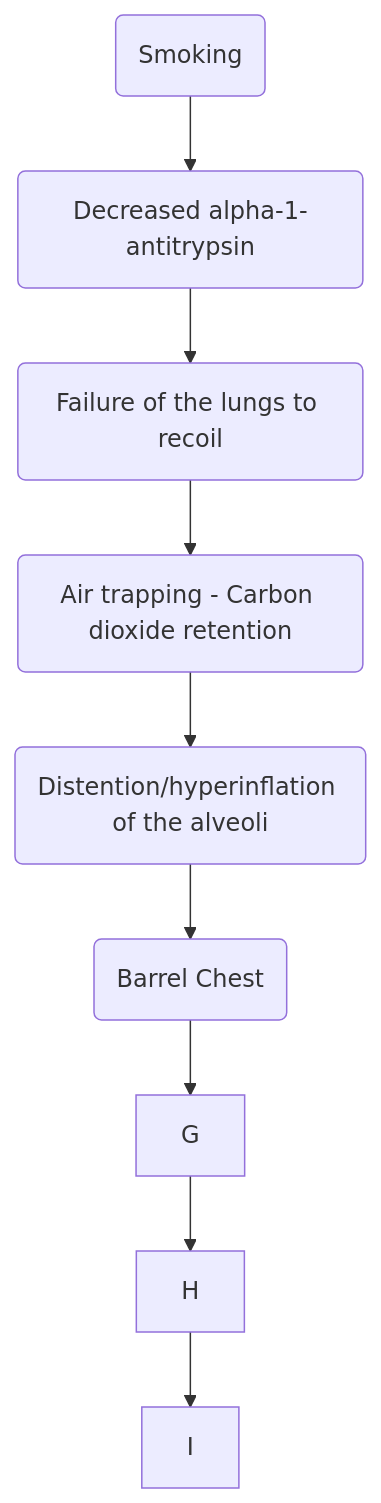
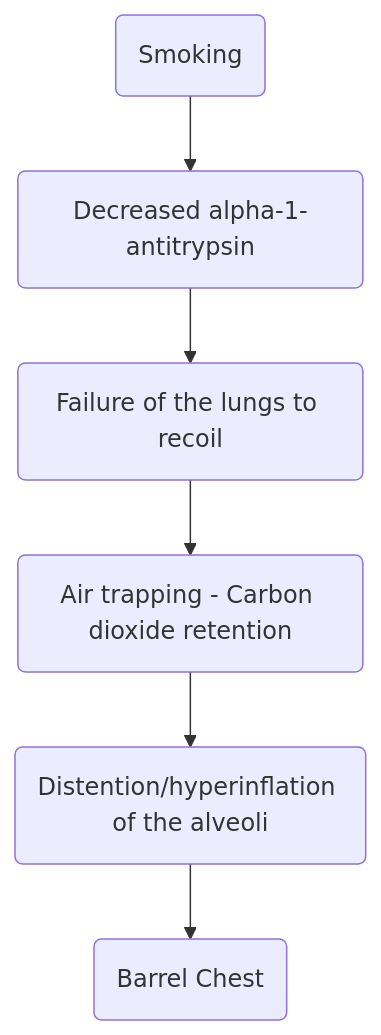
Before and after one commit to NoNotNotes/Yuubi: the second of 3 diagrams in NoNotNotes/XTRN/12-15-2024 PPRE.md, drawn with Mermaid.

Commit message:
mwm572w457245nwrtby

````diff
--- a/NoNotNotes/XTRN/12-15-2024 PPRE.md
+++ b/NoNotNotes/XTRN/12-15-2024 PPRE.md
@@ -187,10 +187,10 @@
 ```mermaid
 graph TD
 A(Smoking)
 B(Decreased alpha-1-antitrypsin)
 C(Failure of the lungs to recoil)
 D(Air trapping - Carbon dioxide retention)
 E(Distention/hyperinflation of the alveoli)
 F(Barrel Chest)
-A-->B-->C-->D-->E-->F-->G-->H-->I
+A-->B-->C-->D-->E-->F
 ```
````
